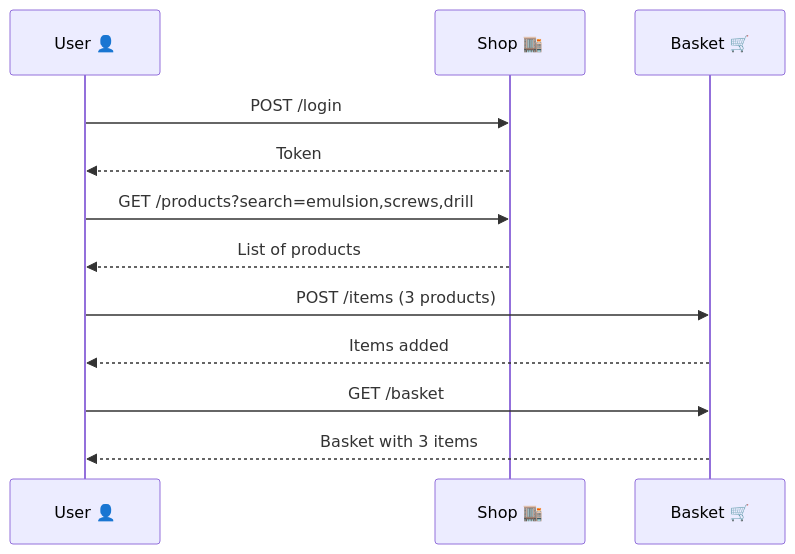
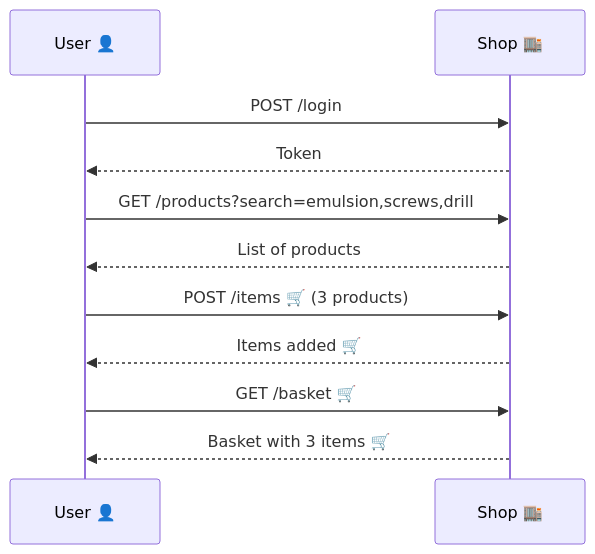
Before and after one commit to edwardwillis/corepython: the diagram in workshop-sequence.md, drawn with Mermaid.

Commit message:
Update sequence diagram to use Shop for basket actions

````diff
--- a/workshop-sequence.md
+++ b/workshop-sequence.md
@@ -1,19 +1,17 @@
 ```mermaid
 sequenceDiagram
     participant User 👤
     participant Shop 🏬
-    participant Basket 🛒
 
     User 👤->>Shop 🏬: POST /login
     Shop 🏬-->>User 👤: Token
 
     User 👤->>Shop 🏬: GET /products?search=emulsion,screws,drill
     Shop 🏬-->>User 👤: List of products
 
-    User 👤->>Basket 🛒: POST /items (3 products)
-    Basket 🛒-->>User 👤: Items added
+    User 👤->>Shop 🏬: POST /items 🛒 (3 products)
+    Shop 🏬-->>User 👤: Items added 🛒
 
-    User 👤->>Basket 🛒: GET /basket
-    Basket 🛒-->>User 👤: Basket with 3 items
-
+    User 👤->>Shop 🏬: GET /basket 🛒
+    Shop 🏬-->>User 👤: Basket with 3 items 🛒
 ```
````
